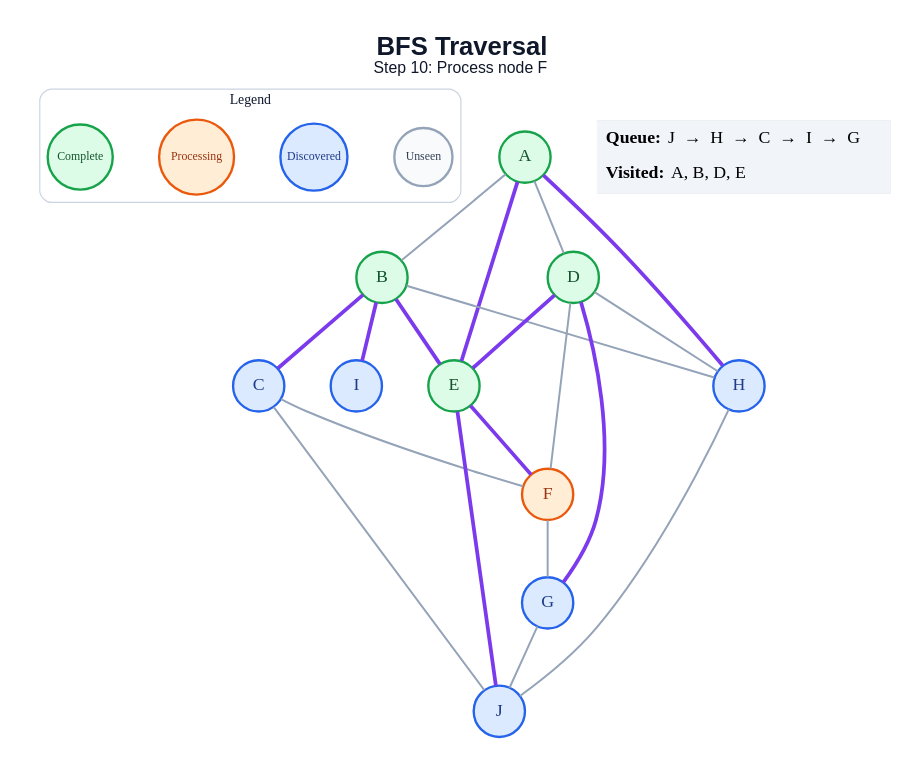
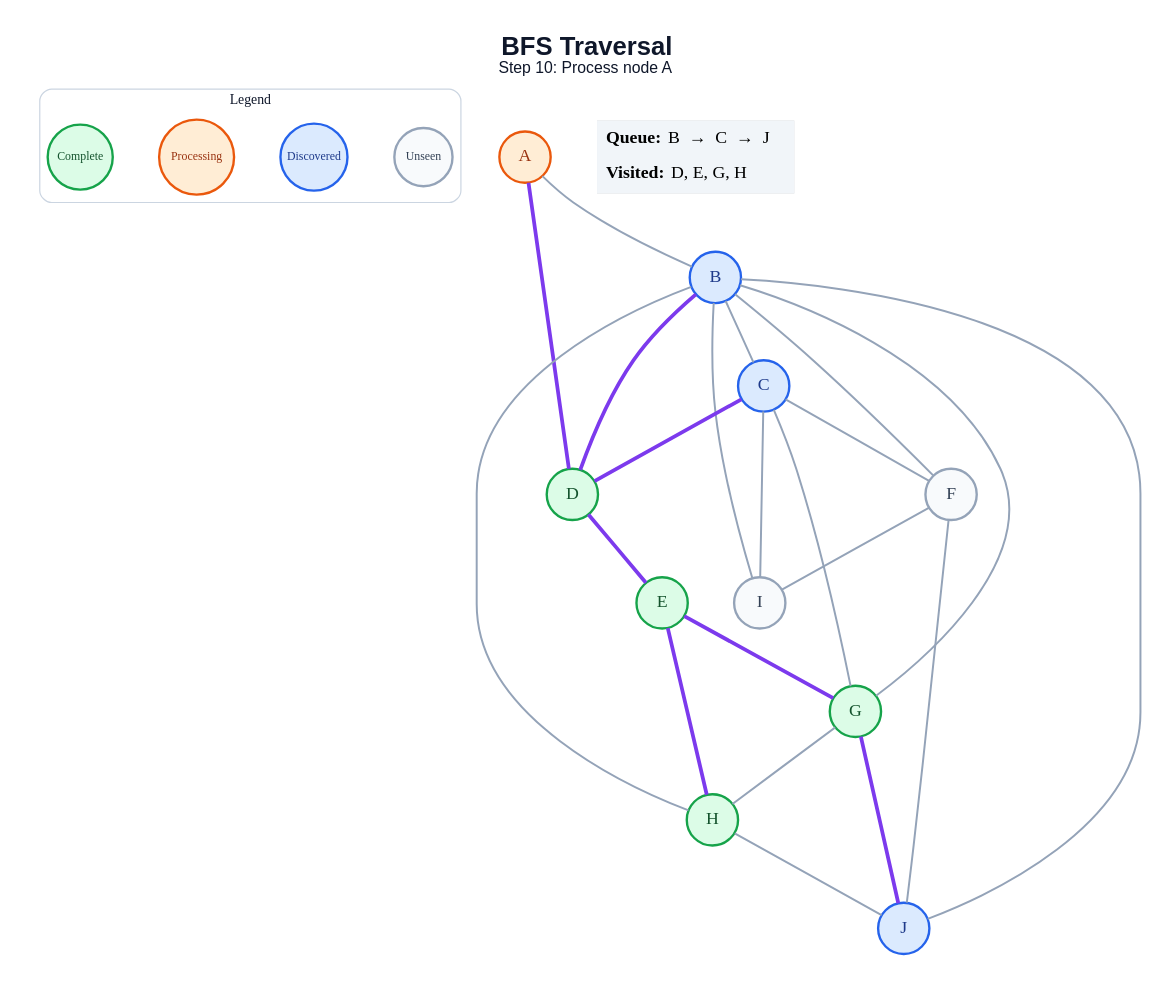
The diagram in generated/specific-node/bfs/step_10.dot (amanghodawala9/ai-slop), drawn with Graphviz before and after one commit. The commit also changed 178 other files, not shown here.

```diff
--- a/generated/specific-node/bfs/step_10.dot
+++ b/generated/specific-node/bfs/step_10.dot
@@ -1,48 +1,50 @@
 graph traversal {
   graph [layout=dot, rankdir=TB, bgcolor="#FFFFFF", pad="0.35", nodesep="0.65", ranksep="0.8", fontname="Arial"];
   node [shape=circle, style="filled", fontname="Arial Bold", fontsize=18, width=0.72, fixedsize=true, penwidth=2.4];
   edge [color="#94A3B8", penwidth=2.0];
-  label=<<B>BFS Traversal</B><BR/><FONT POINT-SIZE="16">Step 10: Process node F</FONT>>; labelloc="t"; fontsize=26; fontname="Arial"; fontcolor="#0F172A";
+  label=<<B>BFS Traversal</B><BR/><FONT POINT-SIZE="16">Step 10: Process node A</FONT>>; labelloc="t"; fontsize=26; fontname="Arial"; fontcolor="#0F172A";
   subgraph cluster_legend { label="Legend"; color="#CBD5E1"; penwidth=1.2; style="rounded"; fontsize=14; fontname="Arial Bold";
     key_unseen [label="Unseen", fillcolor="#F8FAFC", color="#94A3B8", fontcolor="#334155", fontsize=12, width=0.82];
     key_frontier [label="Discovered", fillcolor="#DBEAFE", color="#2563EB", fontcolor="#1E3A8A", fontsize=12, width=0.95];
     key_current [label="Processing", fillcolor="#FFEDD5", color="#EA580C", fontcolor="#9A3412", fontsize=12, width=1.05];
     key_done [label="Complete", fillcolor="#DCFCE7", color="#16A34A", fontcolor="#14532D", fontsize=12, width=0.92];
     { rank=same; key_unseen; key_frontier; key_current; key_done; }
   }
-  A [fillcolor="#DCFCE7", color="#16A34A", fontcolor="#14532D"];
-  B [fillcolor="#DCFCE7", color="#16A34A", fontcolor="#14532D"];
+  A [fillcolor="#FFEDD5", color="#EA580C", fontcolor="#9A3412"];
+  B [fillcolor="#DBEAFE", color="#2563EB", fontcolor="#1E3A8A"];
   C [fillcolor="#DBEAFE", color="#2563EB", fontcolor="#1E3A8A"];
   D [fillcolor="#DCFCE7", color="#16A34A", fontcolor="#14532D"];
   E [fillcolor="#DCFCE7", color="#16A34A", fontcolor="#14532D"];
-  F [fillcolor="#FFEDD5", color="#EA580C", fontcolor="#9A3412"];
-  G [fillcolor="#DBEAFE", color="#2563EB", fontcolor="#1E3A8A"];
-  H [fillcolor="#DBEAFE", color="#2563EB", fontcolor="#1E3A8A"];
-  I [fillcolor="#DBEAFE", color="#2563EB", fontcolor="#1E3A8A"];
+  F [fillcolor="#F8FAFC", color="#94A3B8", fontcolor="#334155"];
+  G [fillcolor="#DCFCE7", color="#16A34A", fontcolor="#14532D"];
+  H [fillcolor="#DCFCE7", color="#16A34A", fontcolor="#14532D"];
+  I [fillcolor="#F8FAFC", color="#94A3B8", fontcolor="#334155"];
   J [fillcolor="#DBEAFE", color="#2563EB", fontcolor="#1E3A8A"];
   A -- B;
-  A -- D;
-  A -- E [color="#7C3AED", penwidth=3.8];
-  A -- H [color="#7C3AED", penwidth=3.8];
-  B -- C [color="#7C3AED", penwidth=3.8];
-  B -- E [color="#7C3AED", penwidth=3.8];
+  A -- D [color="#7C3AED", penwidth=3.8];
+  B -- C;
+  B -- D [color="#7C3AED", penwidth=3.8];
+  B -- F;
+  B -- G;
   B -- H;
-  B -- I [color="#7C3AED", penwidth=3.8];
+  B -- I;
+  B -- J;
+  C -- D [color="#7C3AED", penwidth=3.8];
   C -- F;
-  C -- J;
+  C -- G;
+  C -- I;
   D -- E [color="#7C3AED", penwidth=3.8];
-  D -- F;
-  D -- G [color="#7C3AED", penwidth=3.8];
-  D -- H;
-  E -- F [color="#7C3AED", penwidth=3.8];
-  E -- J [color="#7C3AED", penwidth=3.8];
-  F -- G;
-  G -- J;
+  E -- G [color="#7C3AED", penwidth=3.8];
+  E -- H [color="#7C3AED", penwidth=3.8];
+  F -- I;
+  F -- J;
+  G -- H;
+  G -- J [color="#7C3AED", penwidth=3.8];
   H -- J;
   status [shape=plain, fixedsize=false, width=0, height=0, margin=0, label=<
     <TABLE BORDER="0" CELLBORDER="0" CELLPADDING="7" BGCOLOR="#F1F5F9">
-      <TR><TD ALIGN="LEFT"><B>Queue:</B> J  →  H  →  C  →  I  →  G</TD></TR>
-      <TR><TD ALIGN="LEFT"><B>Visited:</B> A, B, D, E</TD></TR>
+      <TR><TD ALIGN="LEFT"><B>Queue:</B> B  →  C  →  J</TD></TR>
+      <TR><TD ALIGN="LEFT"><B>Visited:</B> D, E, G, H</TD></TR>
     </TABLE>
   >];
 }
```
